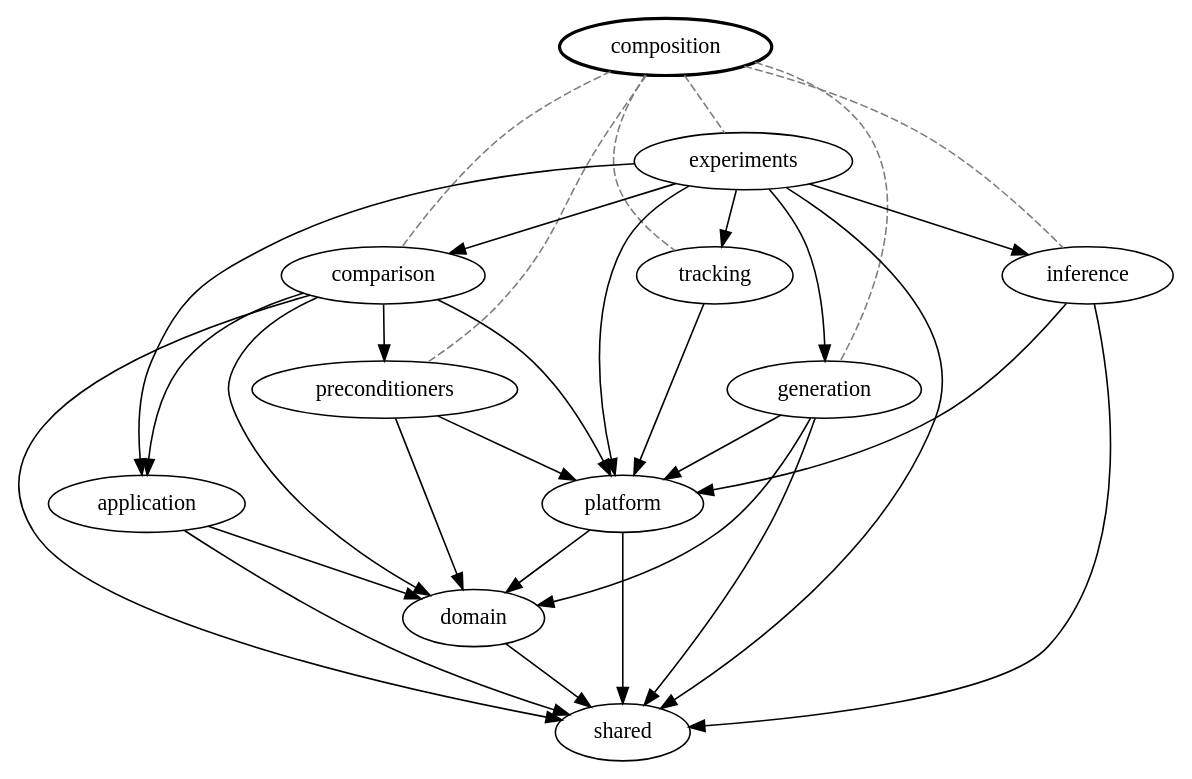
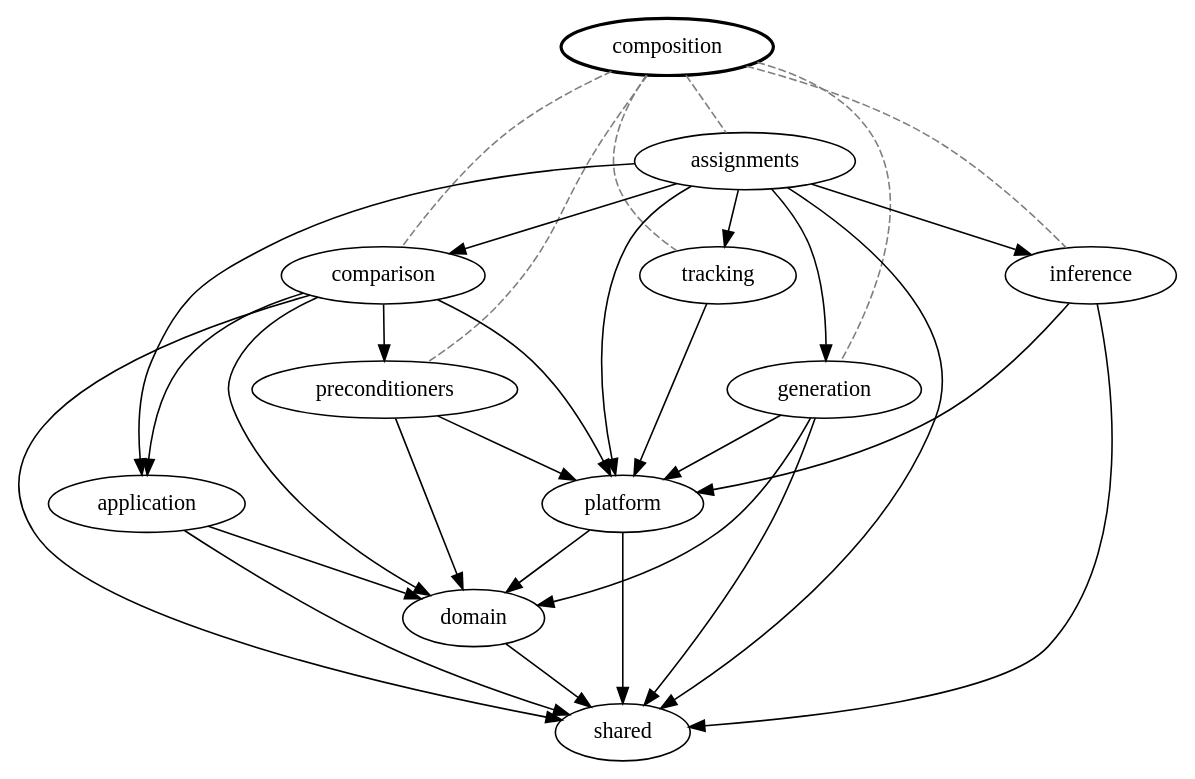
One commit to constatza/dl-experiments changed the diagram in docs/neuralls/diagrams/composition.dot. Above: the diagram before and after it, drawn with Graphviz. The commit also changed 84 other files, not shown here.

```diff
--- a/docs/neuralls/diagrams/composition.dot
+++ b/docs/neuralls/diagrams/composition.dot
@@ -1,44 +1,44 @@
 digraph {
 "neuralls.application" [label="application"];
 "neuralls.composition" [label="composition" style="bold"];
 "neuralls.composition.comparison" [label="comparison"];
-"neuralls.composition.experiments" [label="experiments"];
+"neuralls.composition.assignments" [label="assignments"];
 "neuralls.composition.generation" [label="generation"];
 "neuralls.composition.inference" [label="inference"];
 "neuralls.composition.preconditioners" [label="preconditioners"];
 "neuralls.composition.tracking" [label="tracking"];
 "neuralls.domain" [label="domain"];
 "neuralls.platform" [label="platform"];
 "neuralls.shared" [label="shared"];
 "neuralls.composition" -> "neuralls.composition.comparison" [style="dashed" color="gray50" arrowhead="none"];
-"neuralls.composition" -> "neuralls.composition.experiments" [style="dashed" color="gray50" arrowhead="none"];
+"neuralls.composition" -> "neuralls.composition.assignments" [style="dashed" color="gray50" arrowhead="none"];
 "neuralls.composition" -> "neuralls.composition.generation" [style="dashed" color="gray50" arrowhead="none"];
 "neuralls.composition" -> "neuralls.composition.inference" [style="dashed" color="gray50" arrowhead="none"];
 "neuralls.composition" -> "neuralls.composition.preconditioners" [style="dashed" color="gray50" arrowhead="none"];
 "neuralls.composition" -> "neuralls.composition.tracking" [style="dashed" color="gray50" arrowhead="none"];
 "neuralls.application" -> "neuralls.domain";
 "neuralls.application" -> "neuralls.shared";
 "neuralls.composition.comparison" -> "neuralls.application";
 "neuralls.composition.comparison" -> "neuralls.composition.preconditioners";
 "neuralls.composition.comparison" -> "neuralls.domain";
 "neuralls.composition.comparison" -> "neuralls.platform";
 "neuralls.composition.comparison" -> "neuralls.shared";
-"neuralls.composition.experiments" -> "neuralls.application";
-"neuralls.composition.experiments" -> "neuralls.composition.comparison";
-"neuralls.composition.experiments" -> "neuralls.composition.generation";
-"neuralls.composition.experiments" -> "neuralls.composition.inference";
-"neuralls.composition.experiments" -> "neuralls.composition.tracking";
-"neuralls.composition.experiments" -> "neuralls.platform";
-"neuralls.composition.experiments" -> "neuralls.shared";
+"neuralls.composition.assignments" -> "neuralls.application";
+"neuralls.composition.assignments" -> "neuralls.composition.comparison";
+"neuralls.composition.assignments" -> "neuralls.composition.generation";
+"neuralls.composition.assignments" -> "neuralls.composition.inference";
+"neuralls.composition.assignments" -> "neuralls.composition.tracking";
+"neuralls.composition.assignments" -> "neuralls.platform";
+"neuralls.composition.assignments" -> "neuralls.shared";
 "neuralls.composition.generation" -> "neuralls.domain";
 "neuralls.composition.generation" -> "neuralls.platform";
 "neuralls.composition.generation" -> "neuralls.shared";
 "neuralls.composition.inference" -> "neuralls.platform";
 "neuralls.composition.inference" -> "neuralls.shared";
 "neuralls.composition.preconditioners" -> "neuralls.domain";
 "neuralls.composition.preconditioners" -> "neuralls.platform";
 "neuralls.composition.tracking" -> "neuralls.platform";
 "neuralls.domain" -> "neuralls.shared";
 "neuralls.platform" -> "neuralls.domain";
 "neuralls.platform" -> "neuralls.shared";
 }
```
